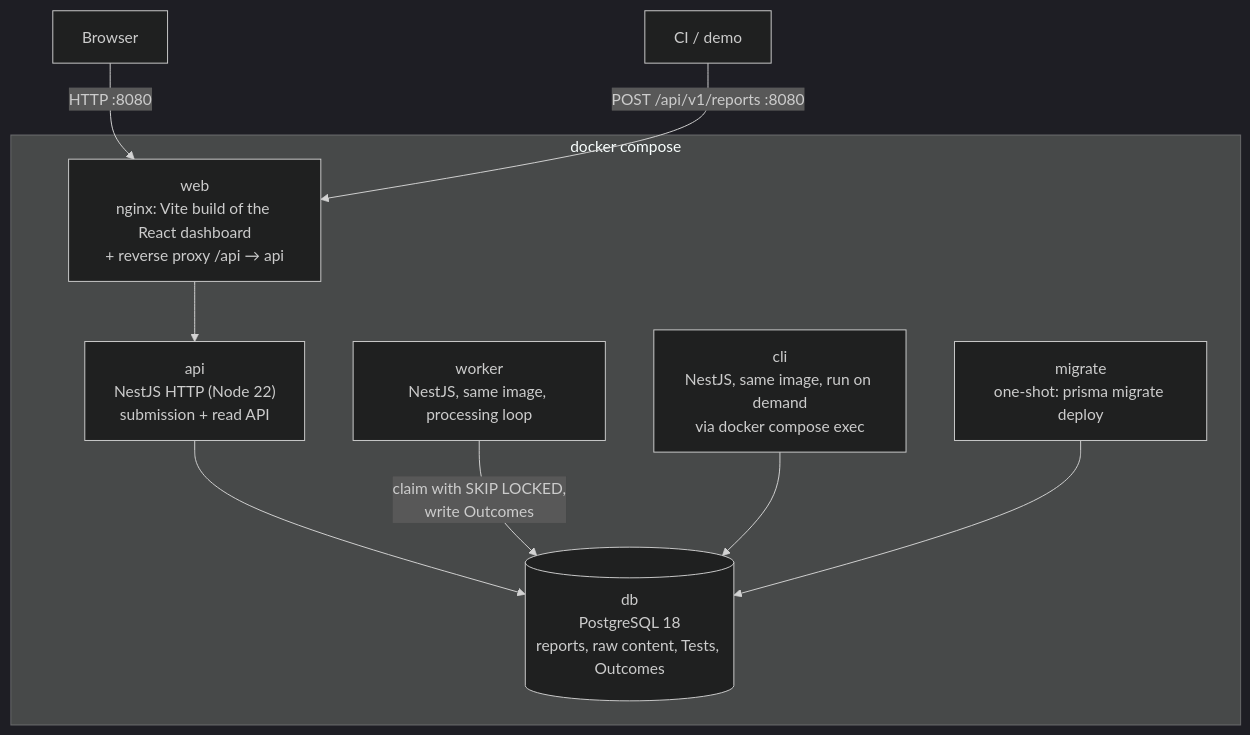
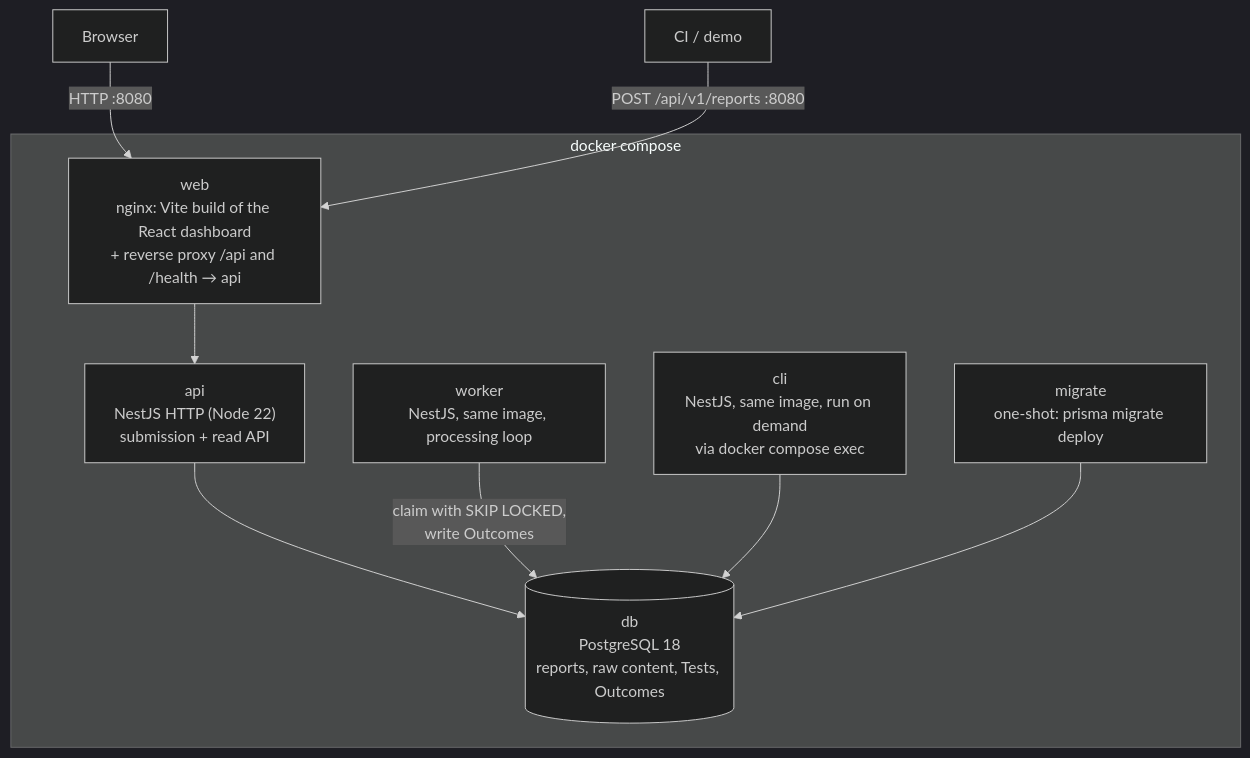
Before and after one commit to bhdnhai/flaky-test-tracker: the second of 5 diagrams in docs/03-design.md, drawn with Mermaid (dark theme). The commit also changed other lines of this file and 60 other files, not shown here.

````diff
--- a/docs/03-design.md
+++ b/docs/03-design.md
@@ -35,18 +35,18 @@
 ```mermaid
 flowchart TB
     subgraph host["docker compose"]
-        web["web<br/>nginx: Vite build of the React dashboard<br/>+ reverse proxy /api → api"]
+        web["web<br/>nginx: Vite build of the React dashboard<br/>+ reverse proxy /api and /health → api"]
         api["api<br/>NestJS HTTP (Node 22)<br/>submission + read API"]
         worker["worker<br/>NestJS, same image, processing loop"]
         cli["cli<br/>NestJS, same image, run on demand<br/>via docker compose exec"]
         migrate["migrate<br/>one-shot: prisma migrate deploy"]
         db[("db<br/>PostgreSQL 18<br/>reports, raw content, Tests, Outcomes")]
     end
     browser["Browser"] -- "HTTP :8080" --> web
     ciRunner["CI / demo"] -- "POST /api/v1/reports :8080" --> web
     web --> api
     api --> db
     worker -- "claim with SKIP LOCKED,<br/>write Outcomes" --> db
     cli --> db
     migrate --> db
 ```
````
